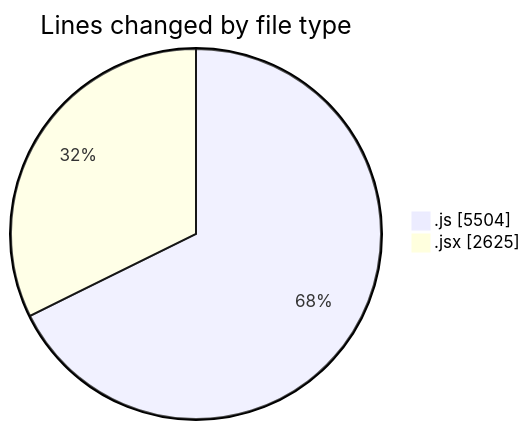
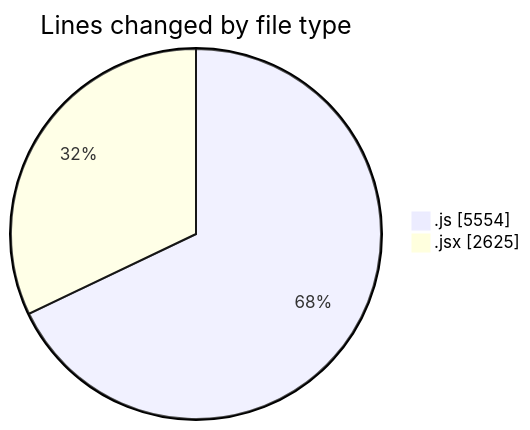
One commit to nxtqubesakshisongat/code-tracking changed the first of 2 diagrams in 2025-08-13/nxtqube_webapp/README.md. Above: the diagram before and after it, drawn with Mermaid. The commit also changed other lines of this file and 1 other file, not shown here.

````diff
--- a/2025-08-13/nxtqube_webapp/README.md
+++ b/2025-08-13/nxtqube_webapp/README.md
@@ -26,6 +26,6 @@
 ```mermaid
 pie showData
 title Lines changed by file type
-".js" : 5504
+".js" : 5554
 ".jsx" : 2625
 ```
````
